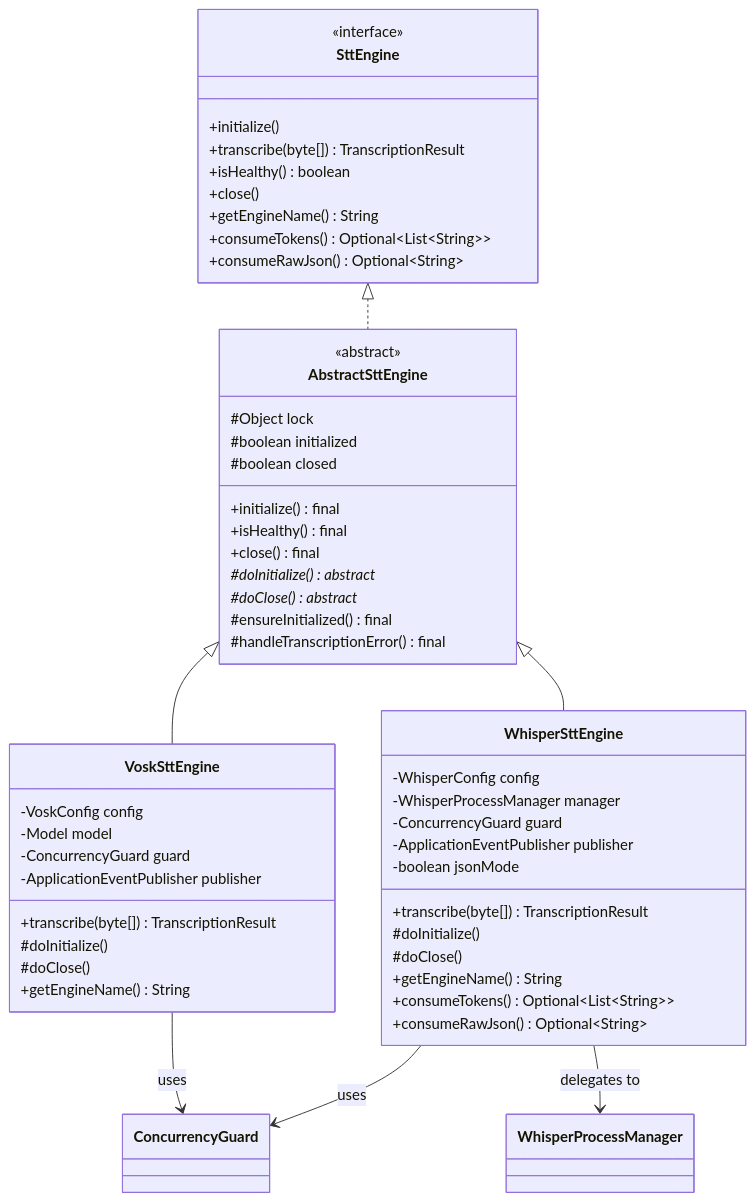
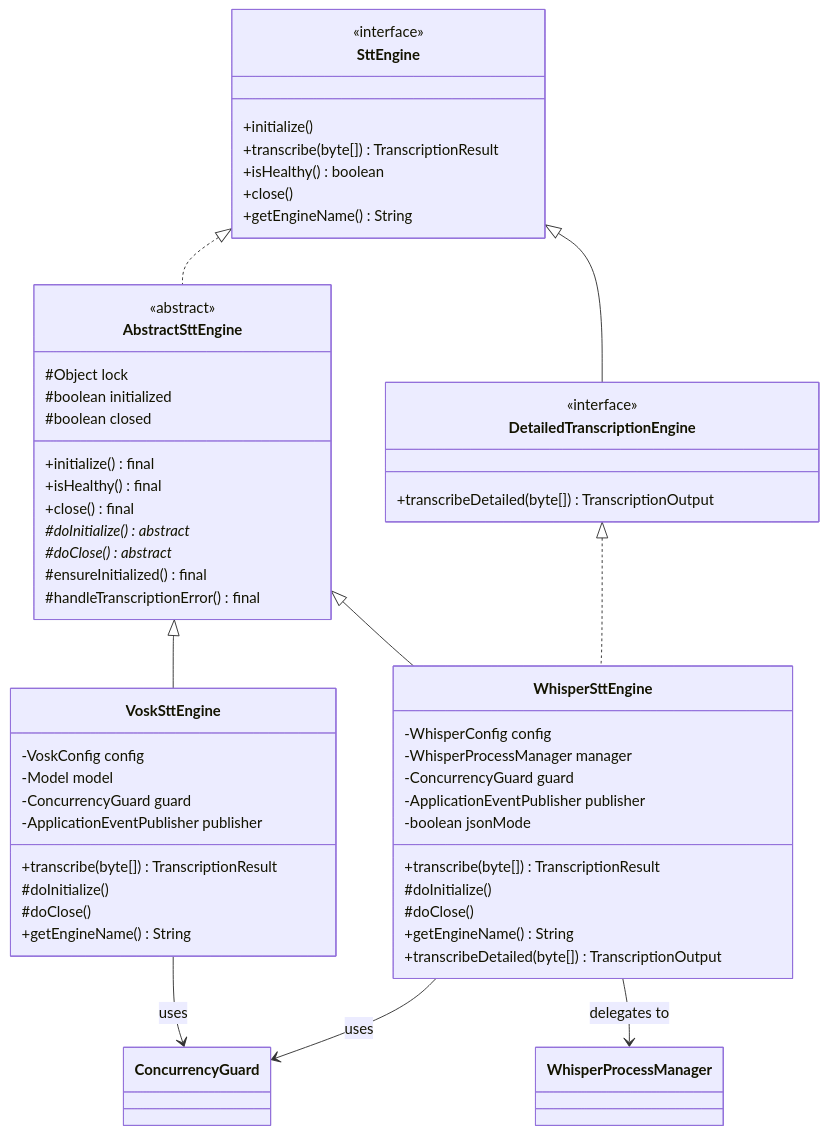
Before and after one commit to phillippitts/speakToMack: the first of 9 diagrams in docs/diagrams/class-dependencies.md, drawn with Mermaid. The commit also changed 37 other files, not shown here.

Commit message:
fix: improve thread safety by replacing synchronized blocks with ReentrantLock in AbstractSttEngine

````diff
--- a/docs/diagrams/class-dependencies.md
+++ b/docs/diagrams/class-dependencies.md
@@ -5,60 +5,64 @@
 ```mermaid
 classDiagram
     class SttEngine {
         <<interface>>
         +initialize()
         +transcribe(byte[]) TranscriptionResult
         +isHealthy() boolean
         +close()
         +getEngineName() String
-        +consumeTokens() Optional~List~String~~
-        +consumeRawJson() Optional~String~
+    }
+
+    class DetailedTranscriptionEngine {
+        <<interface>>
+        +transcribeDetailed(byte[]) TranscriptionOutput
     }
 
     class AbstractSttEngine {
         <<abstract>>
         #Object lock
         #boolean initialized
         #boolean closed
         +initialize() final
         +isHealthy() final
         +close() final
         #doInitialize()* abstract
         #doClose()* abstract
         #ensureInitialized() final
         #handleTranscriptionError() final
     }
 
     class VoskSttEngine {
         -VoskConfig config
         -Model model
         -ConcurrencyGuard guard
         -ApplicationEventPublisher publisher
         +transcribe(byte[]) TranscriptionResult
         #doInitialize()
         #doClose()
         +getEngineName() String
     }
 
     class WhisperSttEngine {
         -WhisperConfig config
         -WhisperProcessManager manager
         -ConcurrencyGuard guard
         -ApplicationEventPublisher publisher
         -boolean jsonMode
         +transcribe(byte[]) TranscriptionResult
         #doInitialize()
         #doClose()
         +getEngineName() String
-        +consumeTokens() Optional~List~String~~
-        +consumeRawJson() Optional~String~
+        +transcribeDetailed(byte[]) TranscriptionOutput
     }
 
     SttEngine <|.. AbstractSttEngine
+    SttEngine <|-- DetailedTranscriptionEngine
+    DetailedTranscriptionEngine <|.. WhisperSttEngine
     AbstractSttEngine <|-- VoskSttEngine
     AbstractSttEngine <|-- WhisperSttEngine
 
     VoskSttEngine --> ConcurrencyGuard : uses
     WhisperSttEngine --> ConcurrencyGuard : uses
     WhisperSttEngine --> WhisperProcessManager : delegates to
 ```
````
